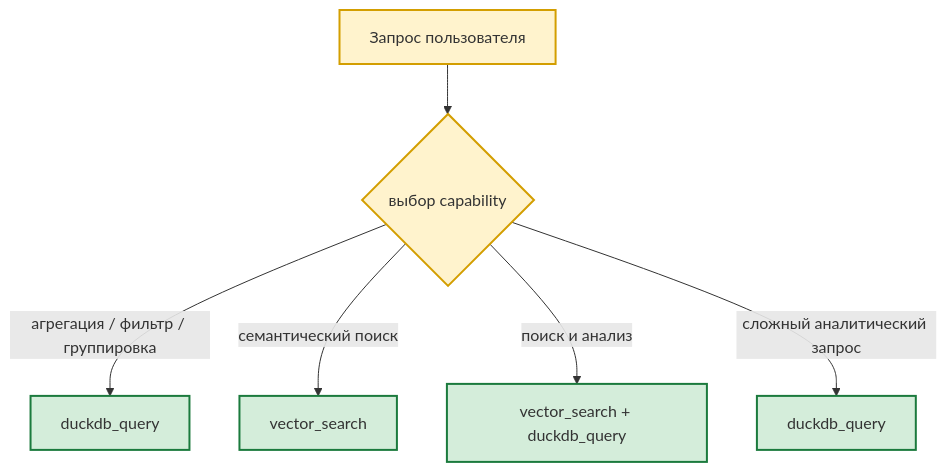
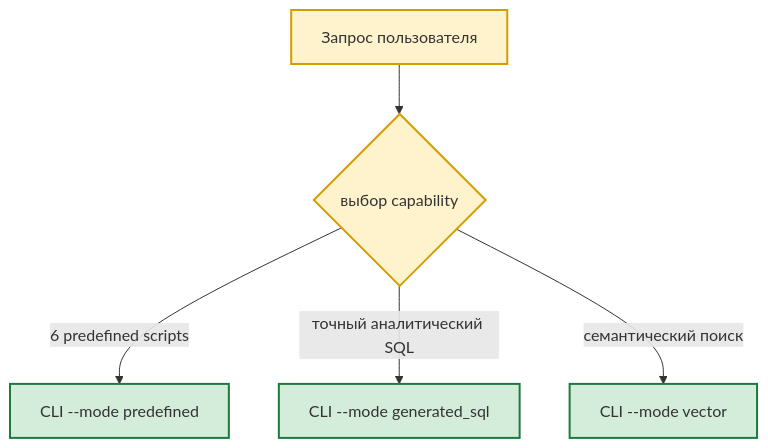
The fourth of 13 diagrams in docs/TARGET_ARCHITECTURE.md (AlexEgorov85/workspaces_nanobot), drawn with Mermaid before and after one commit. The commit also changed other lines of this file and 8 other files, not shown here.

````diff
--- a/docs/TARGET_ARCHITECTURE.md
+++ b/docs/TARGET_ARCHITECTURE.md
@@ -424,12 +432,11 @@
 ```mermaid
 flowchart TD
     U["Запрос пользователя"] --> D{выбор capability}
-    D -->|агрегация / фильтр / группировка| Q["duckdb_query"]
-    D -->|семантический поиск| V["vector_search"]
-    D -->|поиск и анализ| VQ["vector_search + duckdb_query"]
-    D -->|сложный аналитический запрос| Q2["duckdb_query"]
+    D -->|6 predefined scripts| Q["CLI --mode predefined"]
+    D -->|точный аналитический SQL| G["CLI --mode generated_sql"]
+    D -->|семантический поиск| V["CLI --mode vector"]
     classDef core fill:#fff3cd,stroke:#d39e00,stroke-width:2px
     classDef infra fill:#d4edda,stroke:#1b7a3d,stroke-width:2px
     class U,D core
-    class Q,V,VQ,Q2 infra
+    class Q,G,V infra
 ```
````
